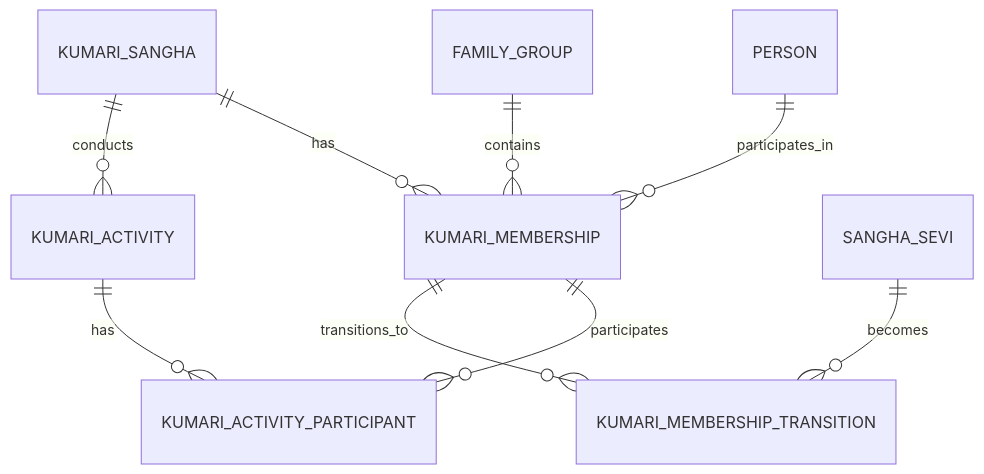
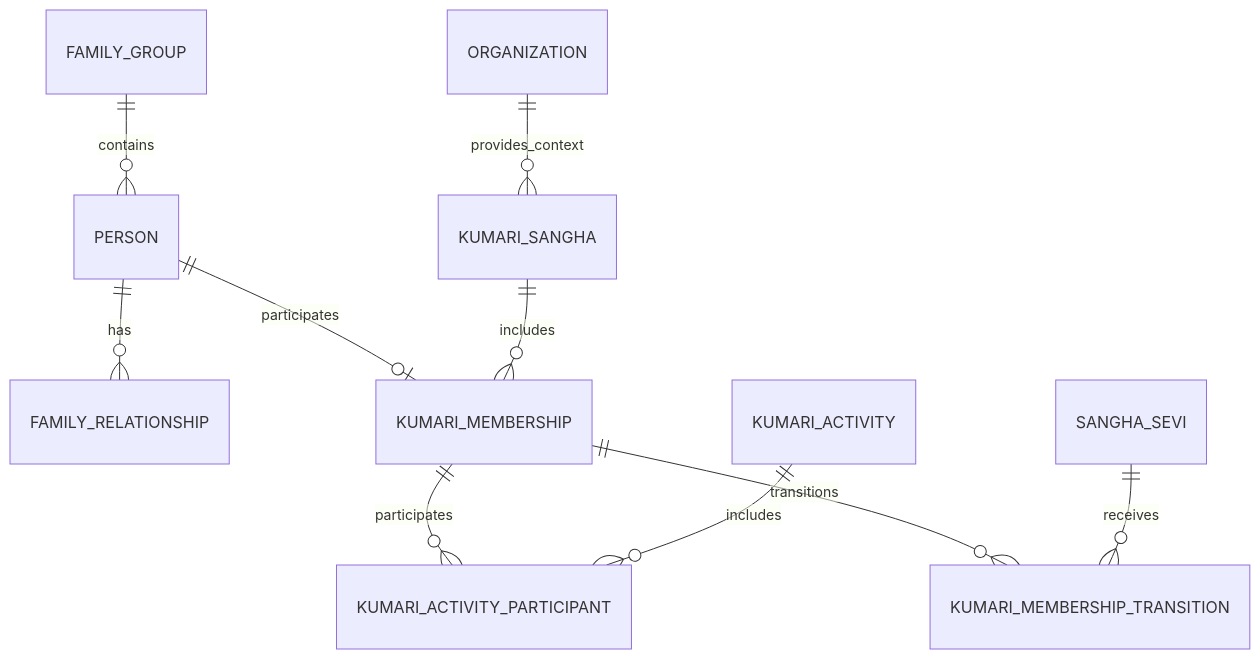
One commit to NilachalaSaraswataSangha/NSS_ERP changed the second of 2 diagrams in docs/03_Solution/modules/kumari/02_kumari_erd.md. Above: the diagram before and after it, drawn with Mermaid. The commit also changed other lines of this file and 4 other files, not shown here.

Commit message:
docs(kumari): complete Kumari Sangha module documentation v1.0.0 — SOURCE ALIGNED. 5 files: overview (53§), ERD (58§), lifecycle (60§), business rules (85§, KUM-001–KUM-080), table design (80§). Five core tables, KM identity separate from SS identity, common foundation reuse, no youth_* abstraction.

````diff
--- a/docs/03_Solution/modules/kumari/02_kumari_erd.md
+++ b/docs/03_Solution/modules/kumari/02_kumari_erd.md
@@ -20,11 +998,17 @@
 ```mermaid
 erDiagram
-    PERSON ||--o{ KUMARI_MEMBERSHIP : participates_in
-    FAMILY_GROUP ||--o{ KUMARI_MEMBERSHIP : contains
-    KUMARI_SANGHA ||--o{ KUMARI_MEMBERSHIP : has
-    KUMARI_SANGHA ||--o{ KUMARI_ACTIVITY : conducts
-    KUMARI_ACTIVITY ||--o{ KUMARI_ACTIVITY_PARTICIPANT : has
+
+    FAMILY_GROUP ||--o{ PERSON : contains
+    PERSON ||--o{ FAMILY_RELATIONSHIP : has
+
+    ORGANIZATION ||--o{ KUMARI_SANGHA : provides_context
+
+    PERSON ||--o| KUMARI_MEMBERSHIP : participates
+    KUMARI_SANGHA ||--o{ KUMARI_MEMBERSHIP : includes
+
     KUMARI_MEMBERSHIP ||--o{ KUMARI_ACTIVITY_PARTICIPANT : participates
-    KUMARI_MEMBERSHIP ||--o{ KUMARI_MEMBERSHIP_TRANSITION : transitions_to
-    SANGHA_SEVI ||--o{ KUMARI_MEMBERSHIP_TRANSITION : becomes
+    KUMARI_ACTIVITY ||--o{ KUMARI_ACTIVITY_PARTICIPANT : includes
+
+    KUMARI_MEMBERSHIP ||--o{ KUMARI_MEMBERSHIP_TRANSITION : transitions
+    SANGHA_SEVI ||--o{ KUMARI_MEMBERSHIP_TRANSITION : receives
 ```
````
